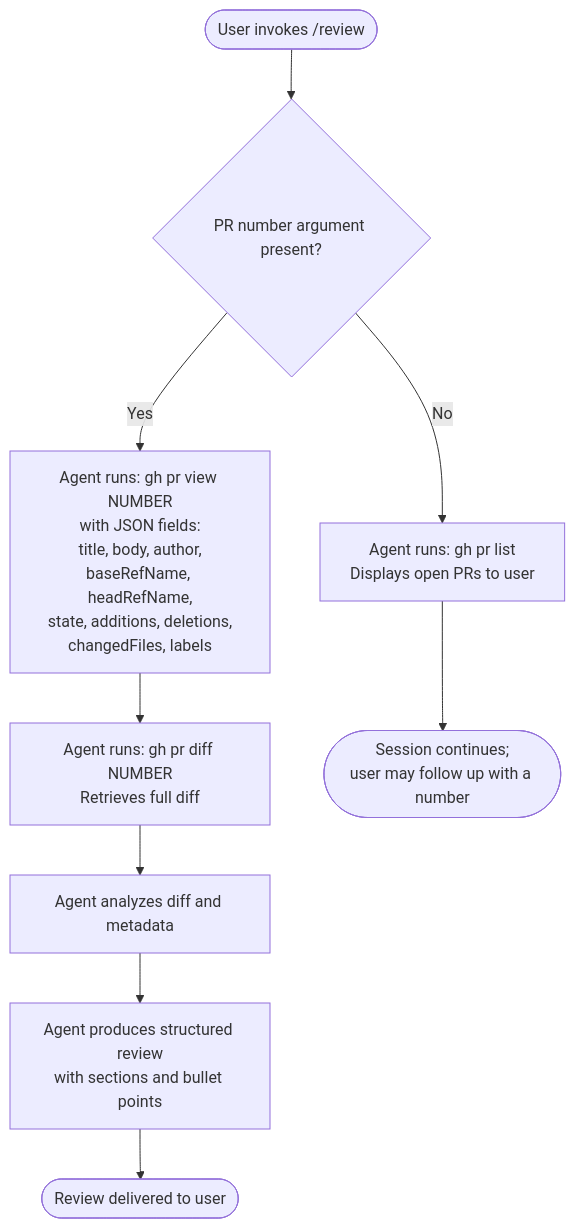
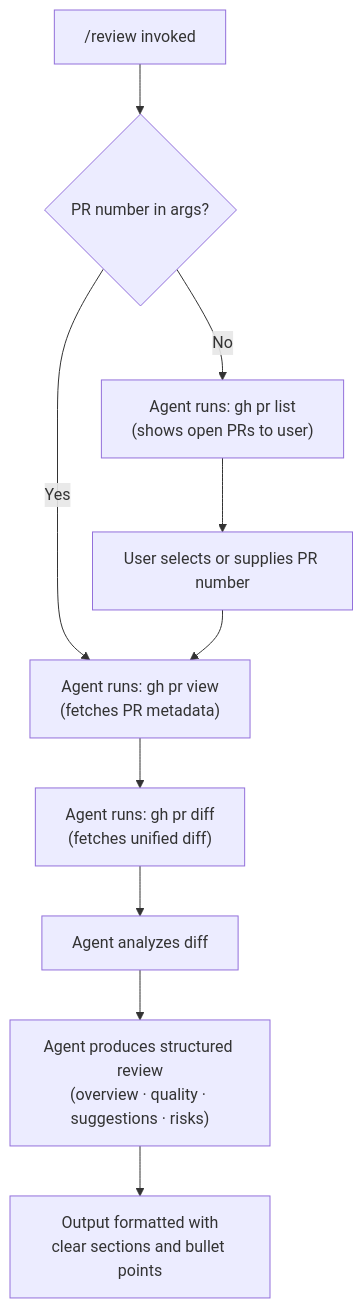
One commit to MyLittleLuckyDog/cc-gnothi changed the diagram in versions/v2.1.158/review.md. Above: the diagram before and after it, drawn with Mermaid. The commit also changed other lines of this file and 593 other files, not shown here.

````diff
--- a/versions/v2.1.158/review.md
+++ b/versions/v2.1.158/review.md
@@ -46,11 +61,12 @@
 ```mermaid
 flowchart TD
-    A([User invokes /review]) --> B{PR number argument present?}
-    B -- No --> C[Agent runs: gh pr list\nDisplays open PRs to user]
-    B -- Yes --> D[Agent runs: gh pr view NUMBER\nwith JSON fields:\ntitle, body, author,\nbaseRefName, headRefName,\nstate, additions, deletions,\nchangedFiles, labels]
-    D --> E[Agent runs: gh pr diff NUMBER\nRetrieves full diff]
-    E --> F[Agent analyzes diff and metadata]
-    C --> G([Session continues;\nuser may follow up with a number])
-    F --> H[Agent produces structured review\nwith sections and bullet points]
-    H --> I([Review delivered to user])
+    A["/review invoked"] --> B{PR number in args?}
+    B -- No --> C["Agent runs: gh pr list\n(shows open PRs to user)"]
+    B -- Yes --> D["Agent runs: gh pr view <number>\n(fetches PR metadata)"]
+    D --> E["Agent runs: gh pr diff <number>\n(fetches unified diff)"]
+    C --> F["User selects or supplies PR number"]
+    F --> D
+    E --> G["Agent analyzes diff"]
+    G --> H["Agent produces structured review\n(overview · quality · suggestions · risks)"]
+    H --> I["Output formatted with\nclear sections and bullet points"]
 ```
````
